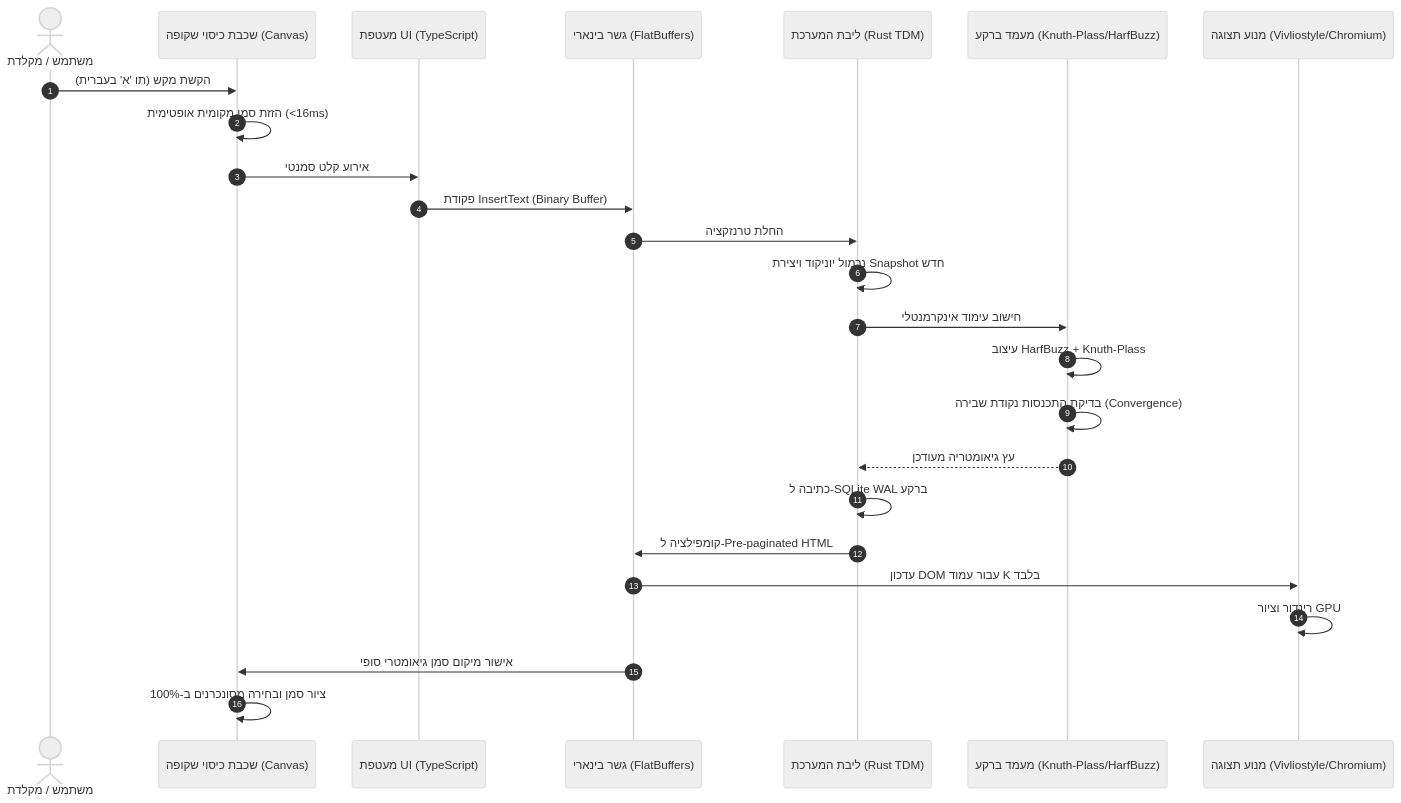
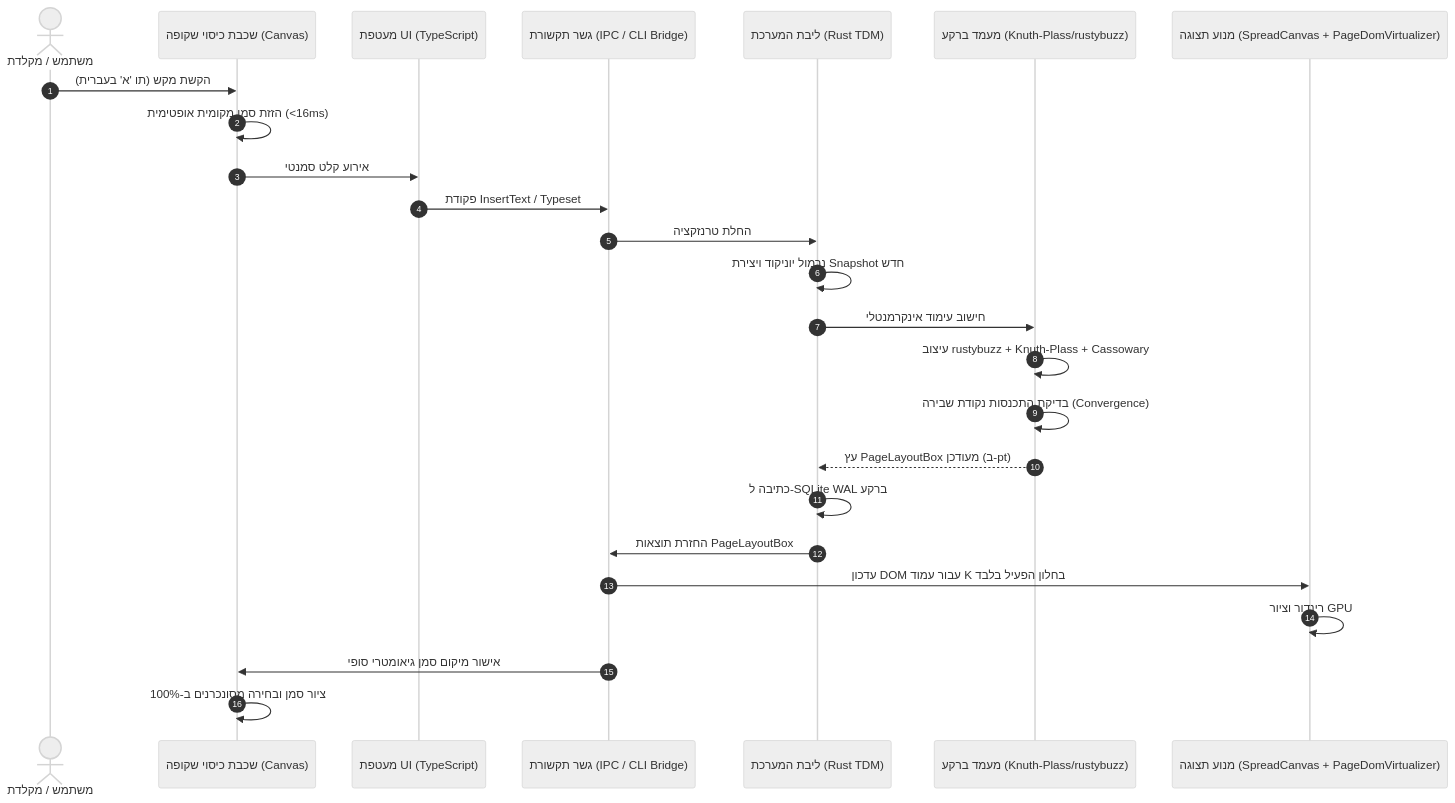
The second of 2 diagrams in docs/architecture/TOK_Architecture_Report.md (Amlaach/typesetok), drawn with Mermaid (neutral theme) before and after one commit. The commit also changed other lines of this file, not shown here.

Commit message:
docs: update system architecture report and technology analysis

````diff
--- a/docs/architecture/TOK_Architecture_Report.md
+++ b/docs/architecture/TOK_Architecture_Report.md
@@ -564,28 +564,28 @@
 ```mermaid
 sequenceDiagram
     autonumber
     actor User as משתמש / מקלדת
     participant Overlay as שכבת כיסוי שקופה (Canvas)
     participant UI_Host as מעטפת UI (TypeScript)
-    participant IPC as גשר בינארי (FlatBuffers)
+    participant IPC as גשר תקשורת (IPC / CLI Bridge)
     participant RustCore as ליבת המערכת (Rust TDM)
-    participant Typesetter as מעמד ברקע (Knuth-Plass/HarfBuzz)
-    participant VivSink as מנוע תצוגה (Vivliostyle/Chromium)
+    participant Typesetter as מעמד ברקע (Knuth-Plass/rustybuzz)
+    participant DomSink as מנוע תצוגה (SpreadCanvas + PageDomVirtualizer)
 
     User->>Overlay: הקשת מקש (תו 'א' בעברית)
     Overlay->>Overlay: הזזת סמן מקומית אופטימית (<16ms)
     Overlay->>UI_Host: אירוע קלט סמנטי
-    UI_Host->>IPC: פקודת InsertText (Binary Buffer)
+    UI_Host->>IPC: פקודת InsertText / Typeset
     IPC->>RustCore: החלת טרנזקציה
     RustCore->>RustCore: נרמול יוניקוד ויצירת Snapshot חדש
     RustCore->>Typesetter: חישוב עימוד אינקרמנטלי
-    Typesetter->>Typesetter: עיצוב HarfBuzz + Knuth-Plass
+    Typesetter->>Typesetter: עיצוב rustybuzz + Knuth-Plass + Cassowary
     Typesetter->>Typesetter: בדיקת התכנסות נקודת שבירה (Convergence)
-    Typesetter-->>RustCore: עץ גיאומטריה מעודכן
+    Typesetter-->>RustCore: עץ PageLayoutBox מעודכן (ב-pt)
     RustCore->>RustCore: כתיבה ל-SQLite WAL ברקע
-    RustCore->>IPC: קומפילציה ל-Pre-paginated HTML
-    IPC->>VivSink: עדכון DOM עבור עמוד K בלבד
-    VivSink->>VivSink: רינדור וציור GPU
+    RustCore->>IPC: החזרת תוצאות PageLayoutBox
+    IPC->>DomSink: עדכון DOM עבור עמוד K בחלון הפעיל בלבד
+    DomSink->>DomSink: רינדור וציור GPU
     IPC->>Overlay: אישור מיקום סמן גיאומטרי סופי
     Overlay->>Overlay: ציור סמן ובחירה מסונכרנים ב-100%
 ```
````
